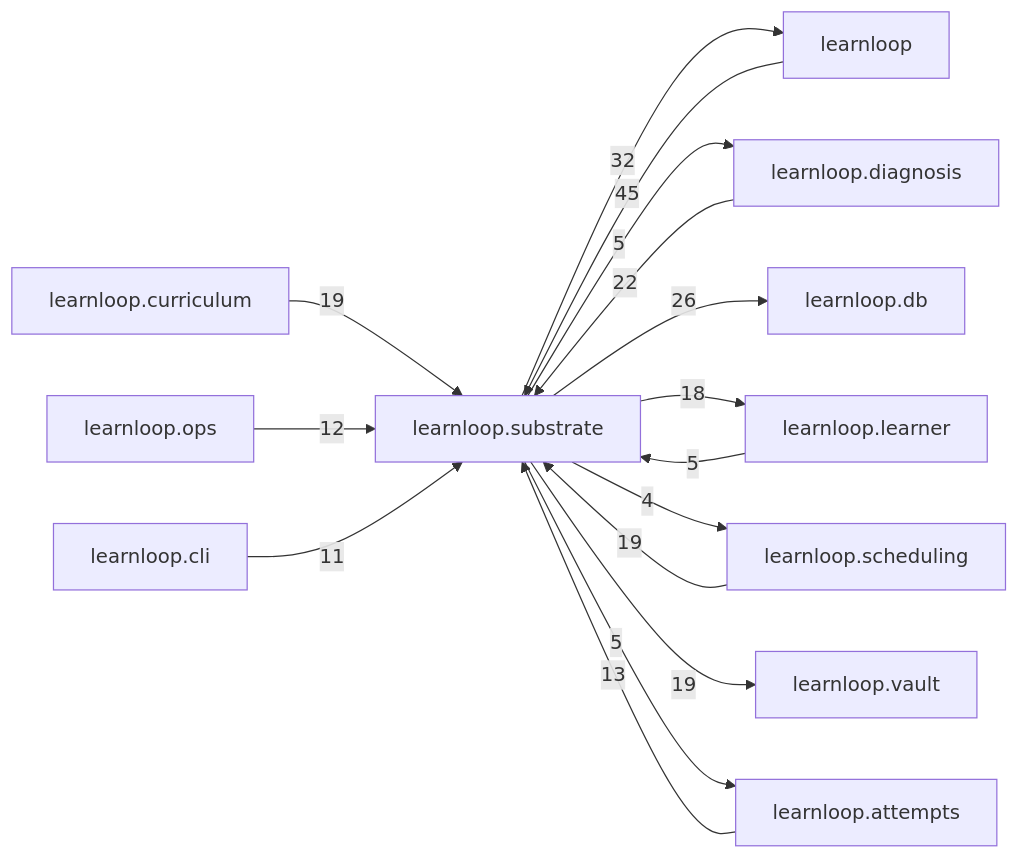
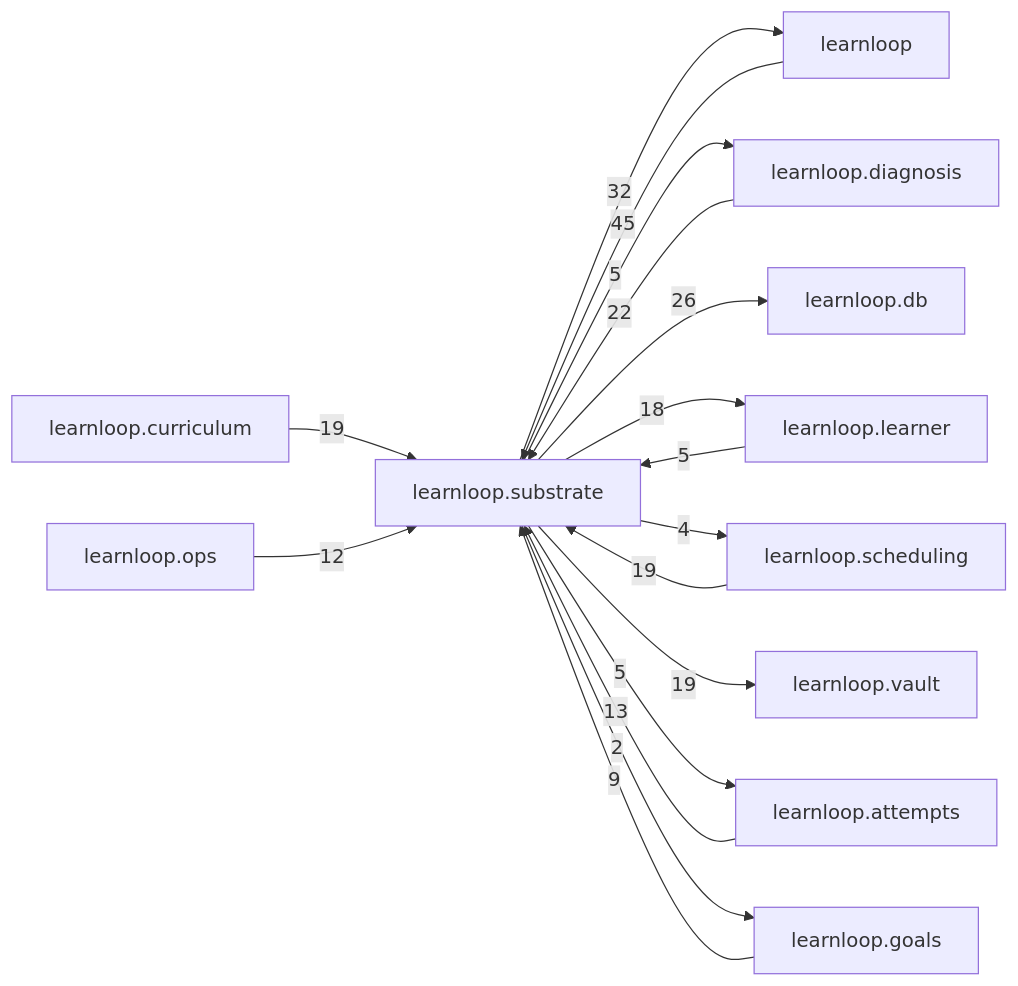
The diagram in docs/learnloop-architecture-vault/Reference/Modules/learnloop/substrate/_package.md (6up-b/learnanything), drawn with Mermaid before and after one commit. The commit also changed other lines of this file and 67 other files, not shown here.

````diff
--- a/docs/learnloop-architecture-vault/Reference/Modules/learnloop/substrate/_package.md
+++ b/docs/learnloop-architecture-vault/Reference/Modules/learnloop/substrate/_package.md
@@ -164,29 +165,30 @@
 ```mermaid
 flowchart LR
     center["learnloop.substrate"]
     n_learnloop["learnloop"]
     n_learnloop_diagnosis["learnloop.diagnosis"]
     n_learnloop_db["learnloop.db"]
     n_learnloop_learner["learnloop.learner"]
     n_learnloop_scheduling["learnloop.scheduling"]
     n_learnloop_curriculum["learnloop.curriculum"]
     n_learnloop_vault["learnloop.vault"]
     n_learnloop_attempts["learnloop.attempts"]
     n_learnloop_ops["learnloop.ops"]
-    n_learnloop_cli["learnloop.cli"]
+    n_learnloop_goals["learnloop.goals"]
     n_learnloop -->|45| center
     center -->|32| n_learnloop
     n_learnloop_diagnosis -->|22| center
     center -->|5| n_learnloop_diagnosis
     center -->|26| n_learnloop_db
     n_learnloop_learner -->|5| center
     center -->|18| n_learnloop_learner
     n_learnloop_scheduling -->|19| center
     center -->|4| n_learnloop_scheduling
     n_learnloop_curriculum -->|19| center
     center -->|19| n_learnloop_vault
     n_learnloop_attempts -->|13| center
     center -->|5| n_learnloop_attempts
     n_learnloop_ops -->|12| center
-    n_learnloop_cli -->|11| center
+    n_learnloop_goals -->|9| center
+    center -->|2| n_learnloop_goals
 ```
````
